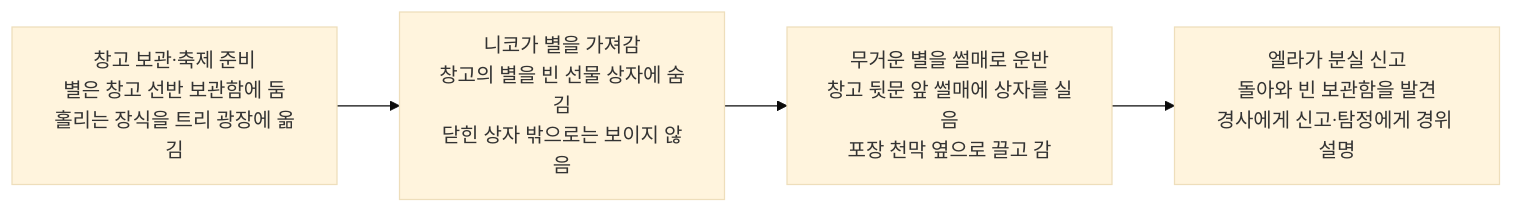
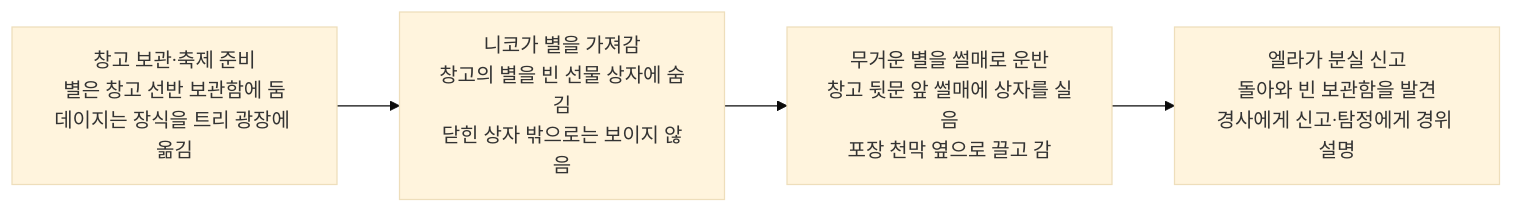
Before and after one commit to wonny95/detective-v2: the first of 2 diagrams in design/case-10-christmas-star.md, drawn with Mermaid (base theme). The commit also changed other lines of this file and 18 other files, not shown here.

````diff
--- a/design/case-10-christmas-star.md
+++ b/design/case-10-christmas-star.md
@@ -34,10 +34,10 @@
 ```mermaid
 flowchart LR
-    t1["창고 보관·축제 준비<br/>별은 창고 선반 보관함에 둠<br/>홀리는 장식을 트리 광장에 옮김"]
+    t1["창고 보관·축제 준비<br/>별은 창고 선반 보관함에 둠<br/>데이지는 장식을 트리 광장에 옮김"]
     t2["니코가 별을 가져감<br/>창고의 별을 빈 선물 상자에 숨김<br/>닫힌 상자 밖으로는 보이지 않음"]
     t3["무거운 별을 썰매로 운반<br/>창고 뒷문 앞 썰매에 상자를 실음<br/>포장 천막 옆으로 끌고 감"]
     t4["엘라가 분실 신고<br/>돌아와 빈 보관함을 발견<br/>경사에게 신고·탐정에게 경위 설명"]
     t1 --> t2
     t2 --> t3
     t3 --> t4
 ```
````
